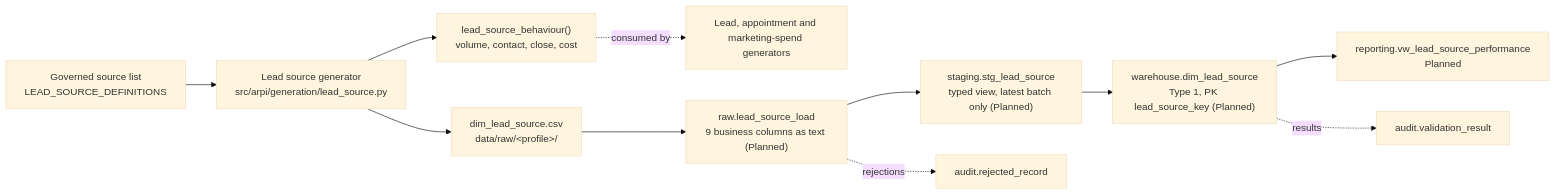
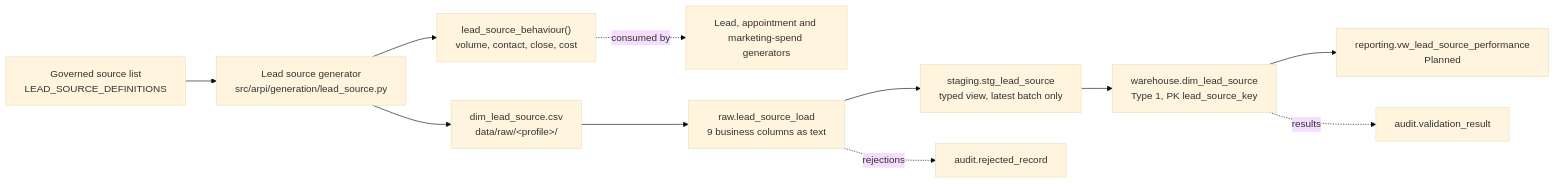
Before and after one commit to mpalmer79/Automotive-Retail-Performance-Intelligence: the diagram in docs/source-to-target/STM-010-dim-lead-source.md, drawn with Mermaid (base theme). The commit also changed other lines of this file and 7 other files, not shown here.

````diff
--- a/docs/source-to-target/STM-010-dim-lead-source.md
+++ b/docs/source-to-target/STM-010-dim-lead-source.md
@@ -56,13 +56,13 @@
 ```mermaid
 flowchart LR
     REF["Governed source list<br/>LEAD_SOURCE_DEFINITIONS"] --> G["Lead source generator<br/>src/arpi/generation/lead_source.py"]
     G --> C["dim_lead_source.csv<br/>data/raw/&lt;profile&gt;/"]
     G --> LAT["lead_source_behaviour()<br/>volume, contact, close, cost"]
     LAT -.consumed by.-> DOWN["Lead, appointment and marketing-spend generators"]
-    C --> R["raw.lead_source_load<br/>9 business columns as text (Planned)"]
-    R --> S["staging.stg_lead_source<br/>typed view, latest batch only (Planned)"]
-    S --> W["warehouse.dim_lead_source<br/>Type 1, PK lead_source_key (Planned)"]
+    C --> R["raw.lead_source_load<br/>9 business columns as text"]
+    R --> S["staging.stg_lead_source<br/>typed view, latest batch only"]
+    S --> W["warehouse.dim_lead_source<br/>Type 1, PK lead_source_key"]
     W --> V["reporting.vw_lead_source_performance<br/>Planned"]
     R -.rejections.-> A["audit.rejected_record"]
     W -.results.-> AV["audit.validation_result"]
 ```
````
